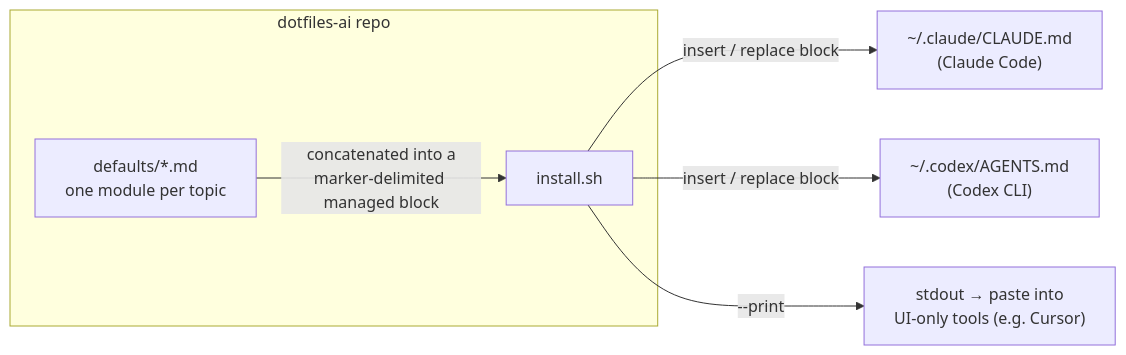
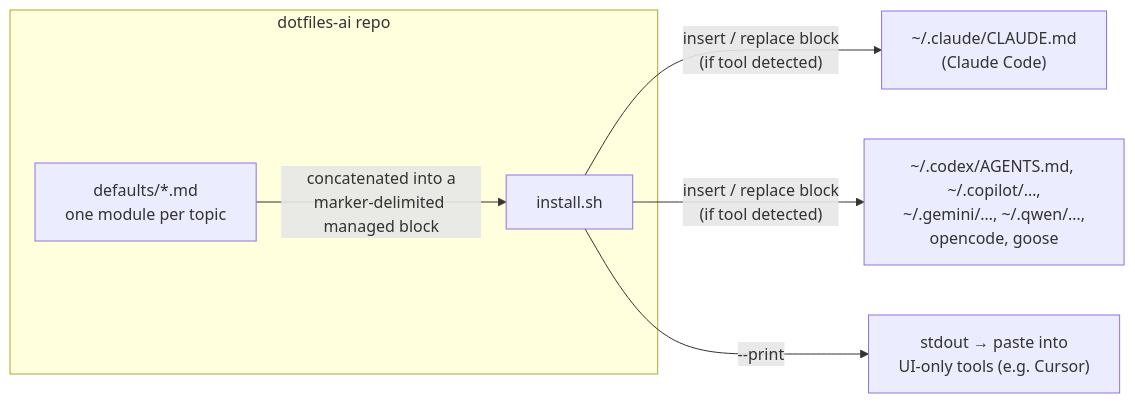
The diagram in ARCHITECTURE.md (mchelen/dotfiles-ai), drawn with Mermaid before and after one commit. The commit also changed other lines of this file and 2 other files, not shown here.

Commit message:
Add Copilot CLI, Gemini, Qwen, OpenCode, and Goose install targets
install.sh now covers the popular AI CLIs and only writes a target when
the tool's config directory exists (--all overrides), so unused tools
don't accumulate instruction files. README matrix and ARCHITECTURE.md
updated to match.

Claude-Session: https://claude.ai/code/session_017EmxmPUi4yFZUpjAHVMM9u

````diff
--- a/ARCHITECTURE.md
+++ b/ARCHITECTURE.md
@@ -7,11 +7,11 @@
 ```mermaid
 flowchart LR
     subgraph repo["dotfiles-ai repo"]
         D["defaults/*.md<br/>one module per topic"]
         I["install.sh"]
     end
     D -->|"concatenated into a<br/>marker-delimited managed block"| I
-    I -->|"insert / replace block"| C["~/.claude/CLAUDE.md<br/>(Claude Code)"]
-    I -->|"insert / replace block"| X["~/.codex/AGENTS.md<br/>(Codex CLI)"]
+    I -->|"insert / replace block<br/>(if tool detected)"| C["~/.claude/CLAUDE.md<br/>(Claude Code)"]
+    I -->|"insert / replace block<br/>(if tool detected)"| X["~/.codex/AGENTS.md, ~/.copilot/…,<br/>~/.gemini/…, ~/.qwen/…,<br/>opencode, goose"]
     I -->|"--print"| P["stdout → paste into<br/>UI-only tools (e.g. Cursor)"]
 ```
````
